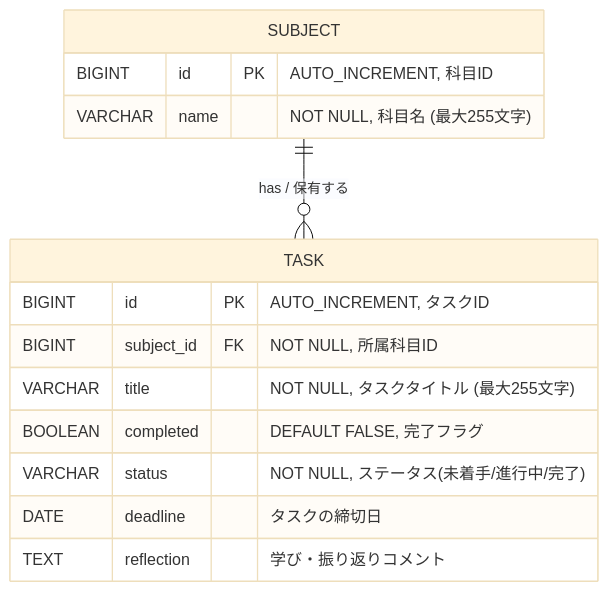
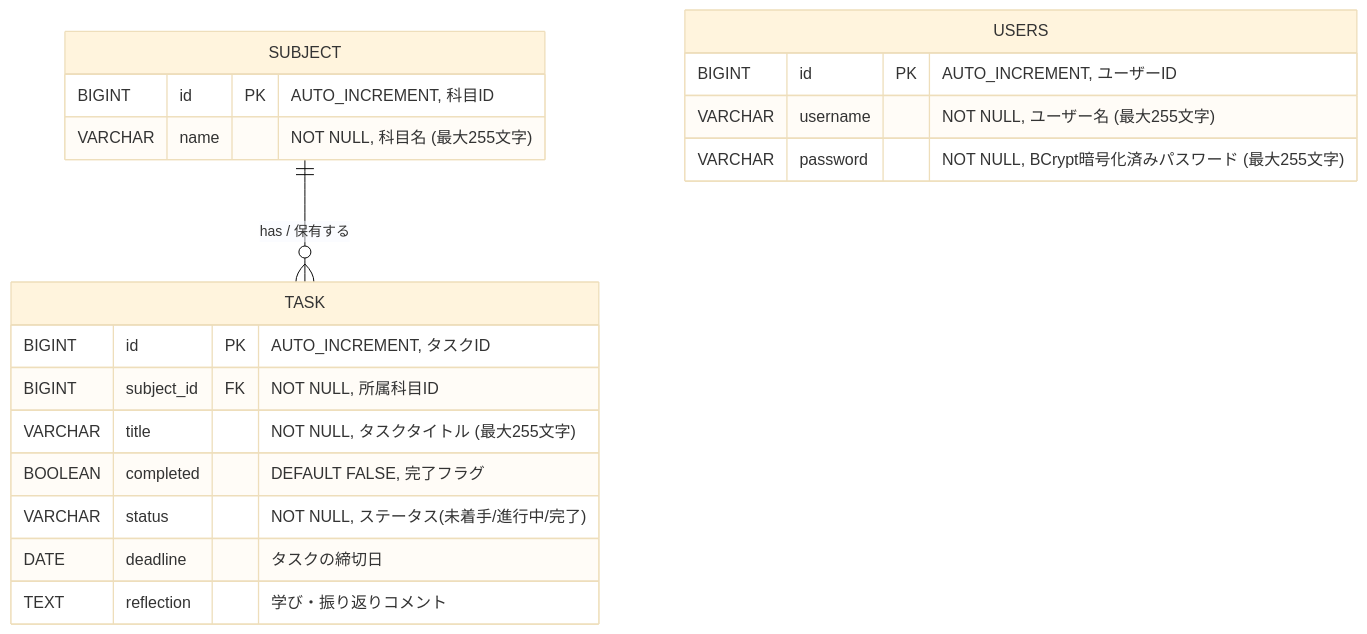
The diagram in docs/er-diagram.md (taidonn1216/java-study-tracker), drawn with Mermaid (base theme) before and after one commit. The commit also changed other lines of this file and 6 other files, not shown here.

Commit message:
Goal4のSQLとE-R図の追加

````diff
--- a/docs/er-diagram.md
+++ b/docs/er-diagram.md
@@ -17,19 +17,24 @@
 ```mermaid
 erDiagram
     SUBJECT {
         BIGINT id PK "AUTO_INCREMENT, 科目ID"
         VARCHAR name "NOT NULL, 科目名 (最大255文字)"
     }
 
     TASK {
         BIGINT id PK "AUTO_INCREMENT, タスクID"
         BIGINT subject_id FK "NOT NULL, 所属科目ID"
         VARCHAR title "NOT NULL, タスクタイトル (最大255文字)"
         BOOLEAN completed "DEFAULT FALSE, 完了フラグ"
         VARCHAR status "NOT NULL, ステータス(未着手/進行中/完了)"
         DATE deadline "タスクの締切日"
         TEXT reflection "学び・振り返りコメント"
     }
+    USERS {
+        BIGINT id PK "AUTO_INCREMENT, ユーザーID"
+        VARCHAR username "NOT NULL, ユーザー名 (最大255文字)"
+        VARCHAR password "NOT NULL, BCrypt暗号化済みパスワード (最大255文字)"
+    }
 
     SUBJECT ||--o{ TASK : "has / 保有する"
 ```
````
